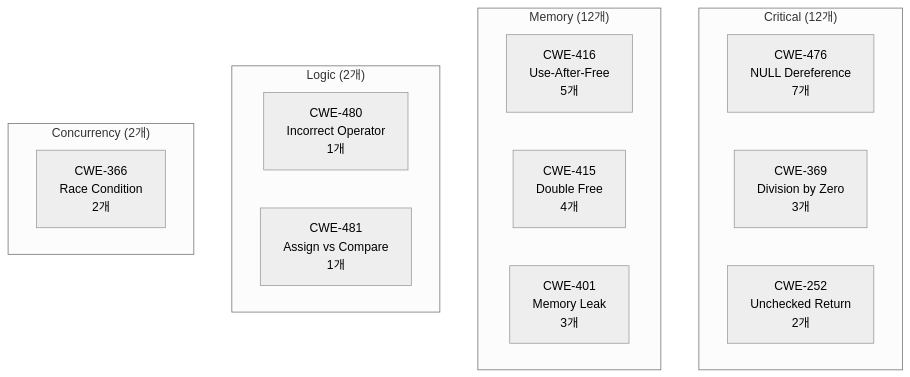
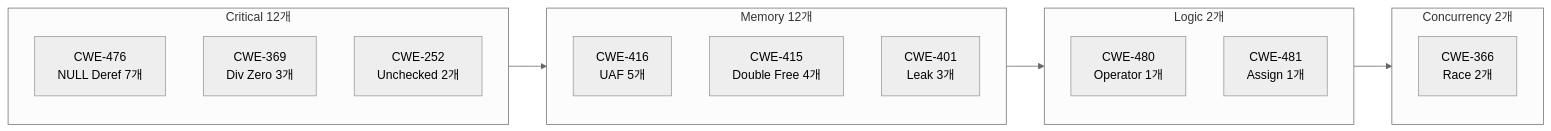
Before and after one commit to ghlee0308/juliet-test-suite-c_gh: the third of 3 diagrams in README.md, drawn with Mermaid (neutral theme). The commit also changed other lines of this file, not shown here.

Commit message:
Update mermaid diagrams in README.md

````diff
--- a/README.md
+++ b/README.md
@@ -143,23 +141,25 @@
 ```mermaid
-flowchart TB
-    subgraph Critical["Critical (12개)"]
-        C1[CWE-476<br>NULL Dereference<br>7개]
-        C2[CWE-369<br>Division by Zero<br>3개]
-        C3[CWE-252<br>Unchecked Return<br>2개]
+flowchart LR
+    subgraph Critical["Critical 12개"]
+        C1[CWE-476<br>NULL Deref 7개]
+        C2[CWE-369<br>Div Zero 3개]
+        C3[CWE-252<br>Unchecked 2개]
     end
     
-    subgraph Memory["Memory (12개)"]
-        M1[CWE-416<br>Use-After-Free<br>5개]
-        M2[CWE-415<br>Double Free<br>4개]
-        M3[CWE-401<br>Memory Leak<br>3개]
+    subgraph Memory["Memory 12개"]
+        M1[CWE-416<br>UAF 5개]
+        M2[CWE-415<br>Double Free 4개]
+        M3[CWE-401<br>Leak 3개]
     end
     
-    subgraph Logic["Logic (2개)"]
-        L1[CWE-480<br>Incorrect Operator<br>1개]
-        L2[CWE-481<br>Assign vs Compare<br>1개]
+    subgraph Logic["Logic 2개"]
+        L1[CWE-480<br>Operator 1개]
+        L2[CWE-481<br>Assign 1개]
     end
     
-    subgraph Concurrency["Concurrency (2개)"]
-        R1[CWE-366<br>Race Condition<br>2개]
+    subgraph Concurrency["Concurrency 2개"]
+        R1[CWE-366<br>Race 2개]
     end
+    
+    Critical --> Memory --> Logic --> Concurrency
 ```
````
